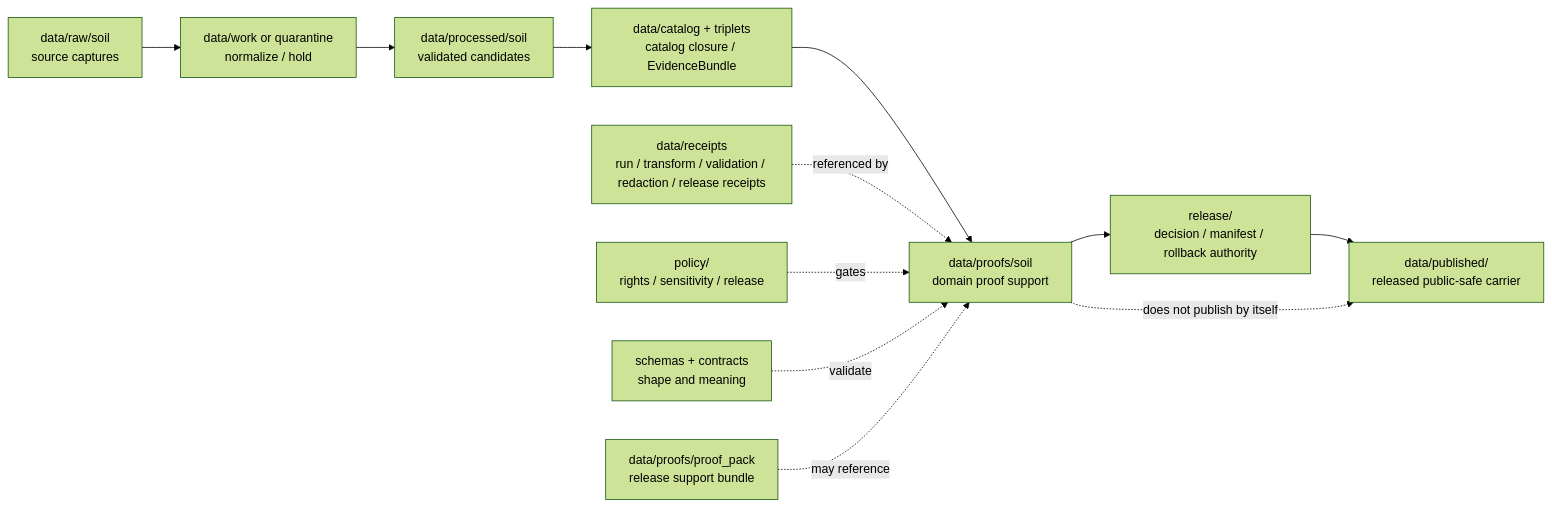
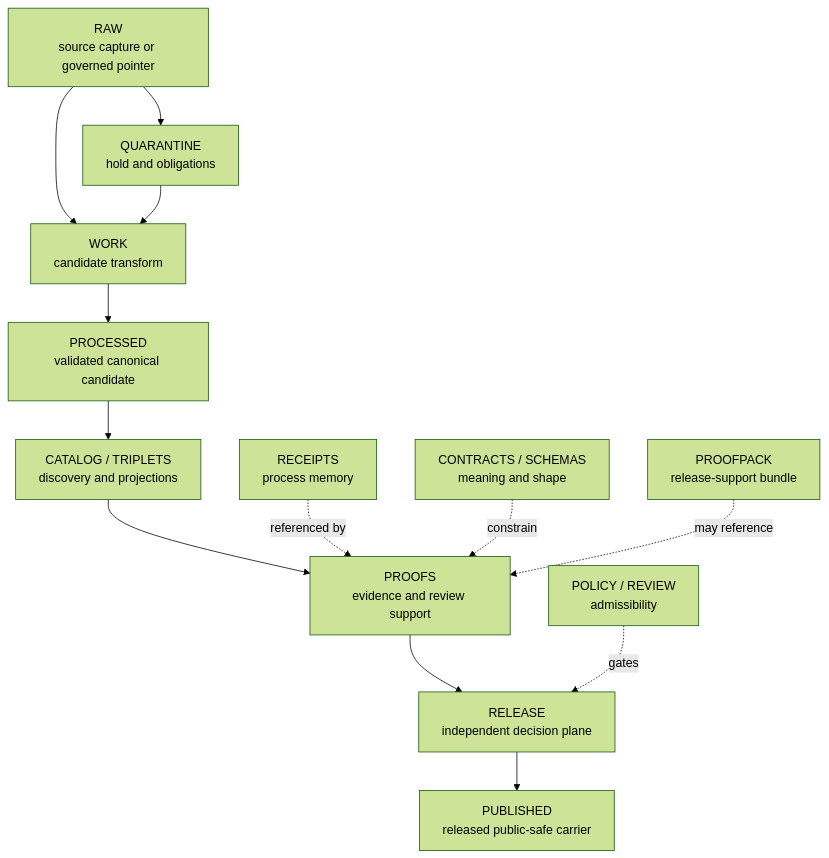
The diagram in data/proofs/soil/README.md (bartytime4life/Kansas-Frontier-Matrix), drawn with Mermaid (forest theme) before and after one commit. The commit also changed other lines of this file, not shown here.

Commit message:
docs(proofs): modernize Soil proof README

````diff
--- a/data/proofs/soil/README.md
+++ b/data/proofs/soil/README.md
@@ -327,16 +403,16 @@
 ```mermaid
-flowchart LR
-  RAW["data/raw/soil<br/>source captures"] --> WORK["data/work or quarantine<br/>normalize / hold"]
-  WORK --> PROC["data/processed/soil<br/>validated candidates"]
-  PROC --> CAT["data/catalog + triplets<br/>catalog closure / EvidenceBundle"]
-  CAT --> PROOF["data/proofs/soil<br/>domain proof support"]
-  PROOF --> REL["release/<br/>decision / manifest / rollback authority"]
-  REL --> PUB["data/published/<br/>released public-safe carrier"]
+flowchart TD
+  RAW["RAW<br/>source capture or governed pointer"] --> WORK["WORK<br/>candidate transform"]
+  RAW --> QUAR["QUARANTINE<br/>hold and obligations"]
+  QUAR --> WORK
+  WORK --> PROC["PROCESSED<br/>validated canonical candidate"]
+  PROC --> CAT["CATALOG / TRIPLETS<br/>discovery and projections"]
+  CAT --> PROOF["PROOFS<br/>evidence and review support"]
+  PROOF --> REL["RELEASE<br/>independent decision plane"]
+  REL --> PUB["PUBLISHED<br/>released public-safe carrier"]
 
-  REC["data/receipts<br/>run / transform / validation / redaction / release receipts"] -. referenced by .-> PROOF
-  POL["policy/<br/>rights / sensitivity / release"] -. gates .-> PROOF
-  SCH["schemas + contracts<br/>shape and meaning"] -. validate .-> PROOF
-  PP["data/proofs/proof_pack<br/>release support bundle"] -. may reference .-> PROOF
-
-  PROOF -. "does not publish by itself" .-> PUB
+  REC["RECEIPTS<br/>process memory"] -. referenced by .-> PROOF
+  POL["POLICY / REVIEW<br/>admissibility"] -. gates .-> REL
+  SEM["CONTRACTS / SCHEMAS<br/>meaning and shape"] -. constrain .-> PROOF
+  PACK["PROOFPACK<br/>release-support bundle"] -. may reference .-> PROOF
 ```
````
